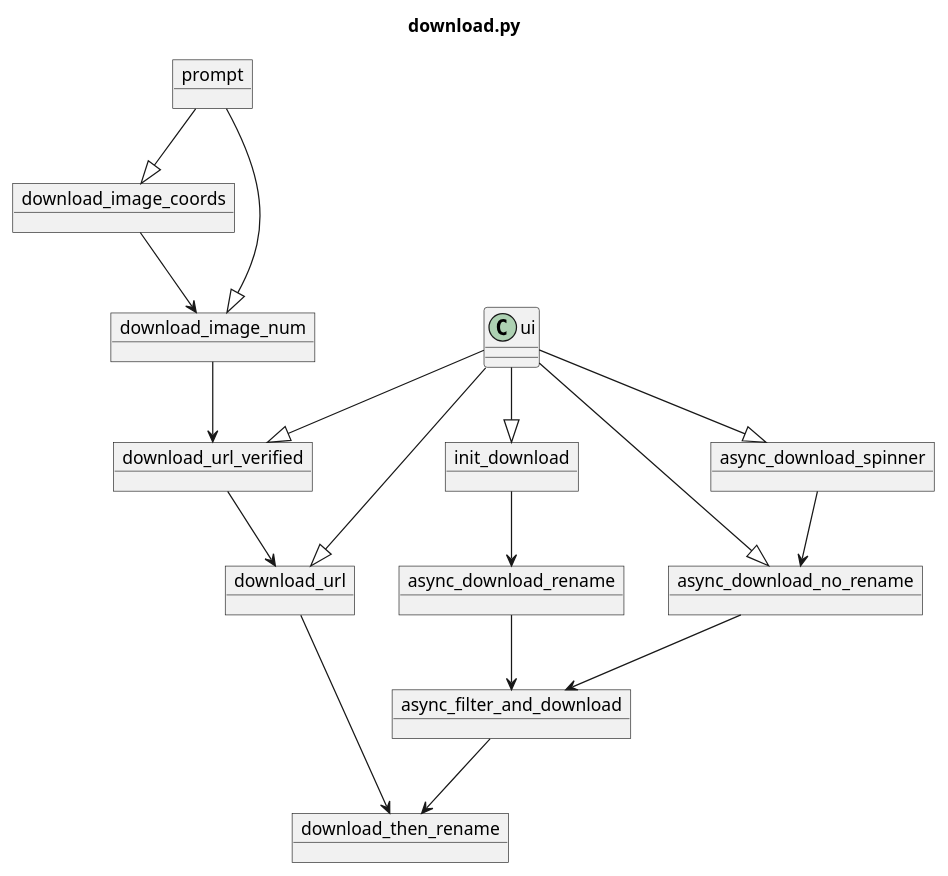
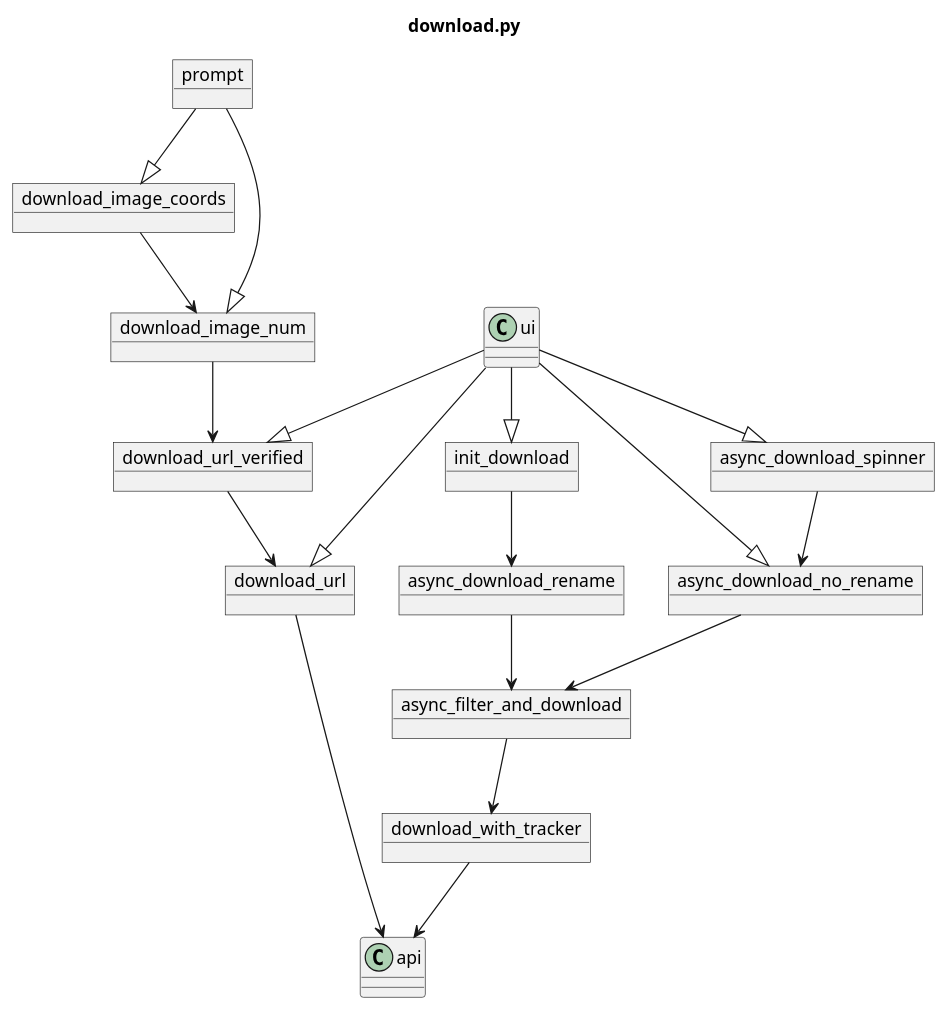
One commit to akazukin5151/koneko changed the diagram in puml/download.puml. Above: the diagram before and after it, drawn with PlantUML. The commit also changed 1 other file, not shown here.

Commit message:
Update download puml to reflect direct api access

```diff
--- a/puml/download.puml
+++ b/puml/download.puml
@@ -1,38 +1,38 @@
 @startuml
 title download.py
 
 object init_download
 object async_download_rename
 object async_download_no_rename
 object async_download_spinner
 object async_filter_and_download
-object download_then_rename
+object download_with_tracker
 object download_url
 object download_url_verified
 object download_image_coords
 object download_image_num
 
 ui -down-|> init_download
 init_download -down-> async_download_rename
-
 async_download_rename -down-> async_filter_and_download
 async_download_no_rename -down-> async_filter_and_download
-async_filter_and_download -down-> download_then_rename
+async_filter_and_download -down-> download_with_tracker
+download_with_tracker -down-> api
 
 ui -down-|> async_download_spinner
 async_download_spinner -down-> async_download_no_rename
 ui -down-|> async_download_no_rename
 
-download_url --> download_then_rename
+download_url --> api
 download_url_verified --> download_url
 download_image_coords --> download_image_num
 download_image_num --> download_url_verified
 
 ui -down-|> download_url
 ui -down-|> download_url_verified
 
 object prompt
 prompt --|> download_image_coords
 prompt --|> download_image_num
 
 @enduml
```
